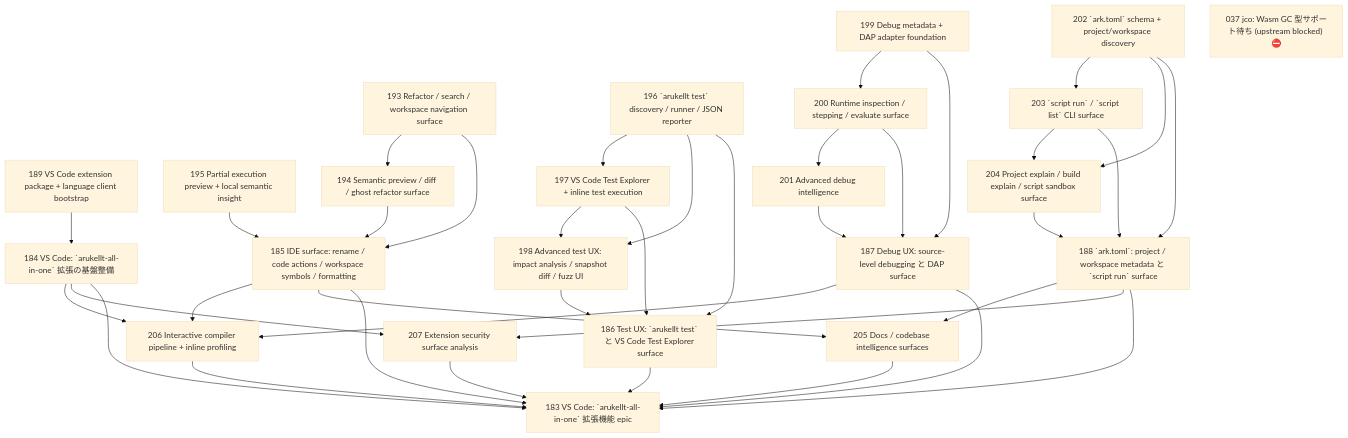
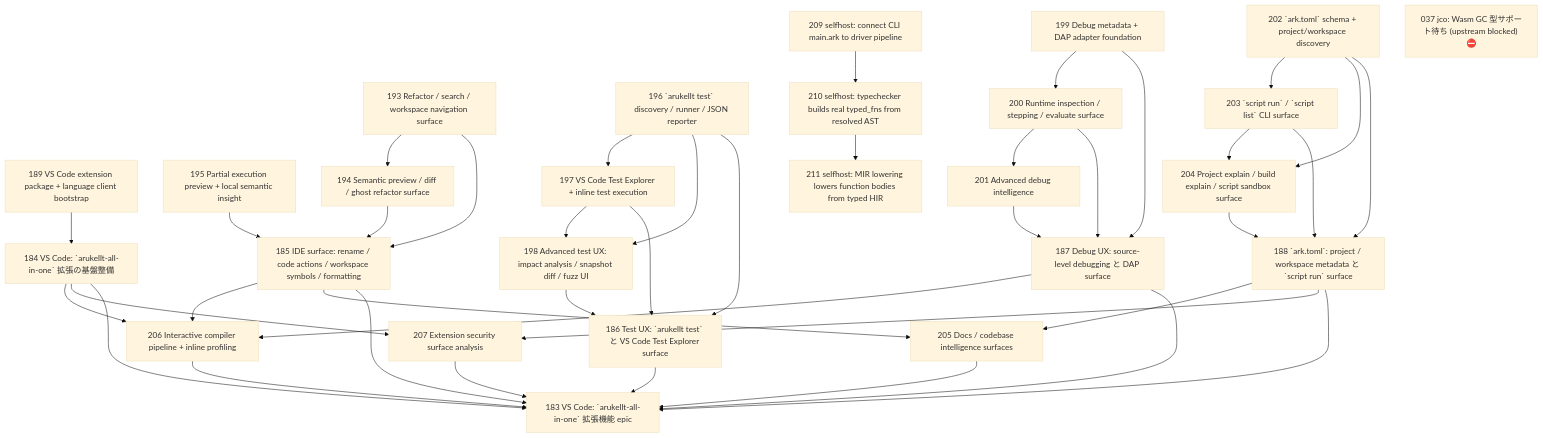
Before and after one commit to wogikaze/arukellt: the diagram in issues/open/dependency-graph.md, drawn with Mermaid (base theme). The commit also changed other lines of this file and 4 other files, not shown here.

````diff
--- a/issues/open/dependency-graph.md
+++ b/issues/open/dependency-graph.md
@@ -7,63 +7,68 @@
 ```mermaid
 graph TD
   I189["189 VS Code extension package + language client bootstrap"]
   I193["193 Refactor / search / workspace navigation surface"]
   I195["195 Partial execution preview + local semantic insight"]
   I196["196 `arukellt test` discovery / runner / JSON reporter"]
   I199["199 Debug metadata + DAP adapter foundation"]
   I202["202 `ark.toml` schema + project/workspace discovery"]
+  I209["209 selfhost: connect CLI main.ark to driver pipeline"]
   I184["184 VS Code: `arukellt-all-in-one` 拡張の基盤整備"]
   I194["194 Semantic preview / diff / ghost refactor surface"]
   I197["197 VS Code Test Explorer + inline test execution"]
   I200["200 Runtime inspection / stepping / evaluate surface"]
   I203["203 `script run` / `script list` CLI surface"]
+  I210["210 selfhost: typechecker builds real typed_fns from resolved AST"]
   I185["185 IDE surface: rename / code actions / workspace symbols / formatting"]
   I198["198 Advanced test UX: impact analysis / snapshot diff / fuzz UI"]
   I201["201 Advanced debug intelligence"]
   I204["204 Project explain / build explain / script sandbox surface"]
+  I211["211 selfhost: MIR lowering lowers function bodies from typed HIR"]
   I186["186 Test UX: `arukellt test` と VS Code Test Explorer surface"]
   I187["187 Debug UX: source-level debugging と DAP surface"]
   I188["188 `ark.toml`: project / workspace metadata と `script run` surface"]
   I206["206 Interactive compiler pipeline + inline profiling"]
   I205["205 Docs / codebase intelligence surfaces"]
   I207["207 Extension security surface analysis"]
   I183["183 VS Code: `arukellt-all-in-one` 拡張機能 epic"]
   I037["037 jco: Wasm GC 型サポート待ち (upstream blocked) ⛔"]
   I189 --> I184
   I193 --> I194
   I196 --> I197
   I199 --> I200
   I202 --> I203
+  I209 --> I210
   I193 --> I185
   I194 --> I185
   I195 --> I185
   I196 --> I198
   I197 --> I198
   I200 --> I201
   I202 --> I204
   I203 --> I204
+  I210 --> I211
   I196 --> I186
   I197 --> I186
   I198 --> I186
   I199 --> I187
   I200 --> I187
   I201 --> I187
   I202 --> I188
   I203 --> I188
   I204 --> I188
   I184 --> I206
   I185 --> I206
   I187 --> I206
   I185 --> I205
   I188 --> I205
   I184 --> I207
   I188 --> I207
   I184 --> I183
   I185 --> I183
   I186 --> I183
   I187 --> I183
   I188 --> I183
   I205 --> I183
   I206 --> I183
   I207 --> I183
 ```
````
